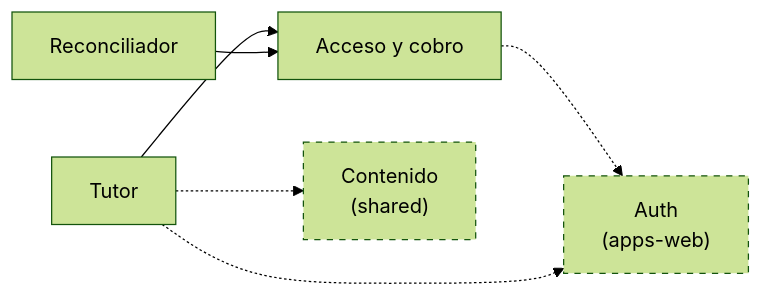
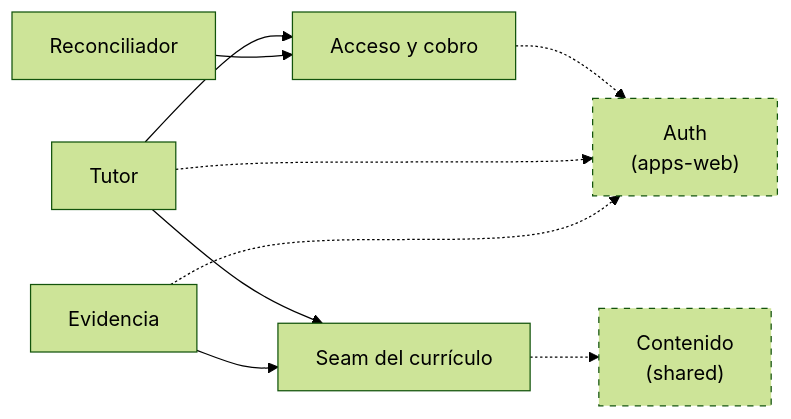
Before and after one commit to OSL-LMS/platform: the diagram in apps/api/docs/SYSTEM_ARTIFACT.md, drawn with Mermaid (forest theme). The commit also changed other lines of this file and 2 other files, not shown here.

````diff
--- a/apps/api/docs/SYSTEM_ARTIFACT.md
+++ b/apps/api/docs/SYSTEM_ARTIFACT.md
@@ -47,17 +47,22 @@
 ```mermaid
 flowchart LR
     acceso[Acceso y cobro]
     tutor[Tutor]
+    evidencia[Evidencia]
+    curriculo[Seam del currículo]
     reconciliador[Reconciliador]
     auth["Auth<br/>(apps-web)"]
     contenido["Contenido<br/>(shared)"]
 
     acceso -.-> auth
     tutor -.-> auth
     tutor --> acceso
-    tutor -.-> contenido
+    tutor --> curriculo
+    evidencia -.-> auth
+    evidencia --> curriculo
+    curriculo -.-> contenido
     reconciliador --> acceso
 
     class auth,contenido externo
     classDef externo stroke-dasharray: 5 5
 ```
````
